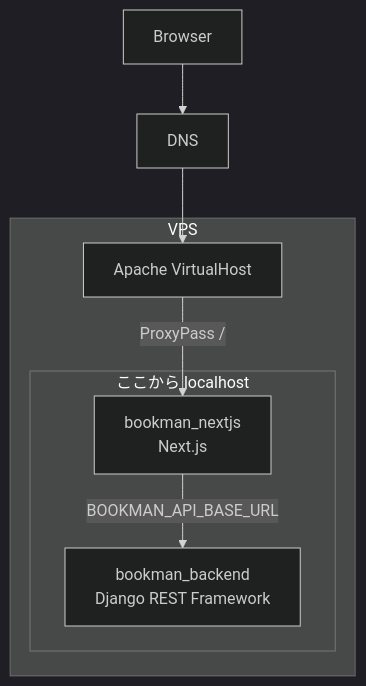
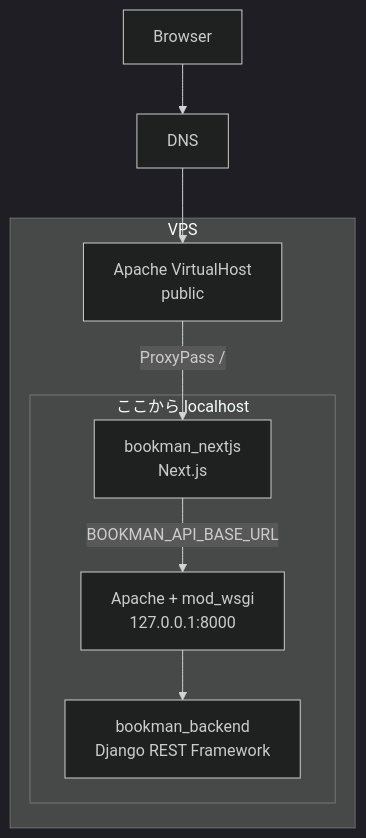
Before and after one commit to duri0214/portfolio: the diagram in docs/qiita/bookman_subdomain_deploy.md, drawn with Mermaid (dark theme). The commit also changed other lines of this file, not shown here.

Commit message:
Use mod_wsgi for Bookman backend

````diff
--- a/docs/qiita/bookman_subdomain_deploy.md
+++ b/docs/qiita/bookman_subdomain_deploy.md
@@ -44,19 +44,21 @@
 ```mermaid
 flowchart TB
   browser[Browser]
   dns[DNS]
 
   subgraph vps[VPS]
-    apache[Apache VirtualHost]
+    apache[Apache VirtualHost<br>public]
 
     subgraph localhost[ここから localhost]
       nextjs[bookman_nextjs<br>Next.js]
+      backendApache[Apache + mod_wsgi<br>127.0.0.1:8000]
       drf[bookman_backend<br>Django REST Framework]
     end
   end
 
   browser --> dns
   dns --> apache
   apache -->|ProxyPass /| nextjs
-  nextjs -->|BOOKMAN_API_BASE_URL| drf
+  nextjs -->|BOOKMAN_API_BASE_URL| backendApache
+  backendApache --> drf
 ```
````
